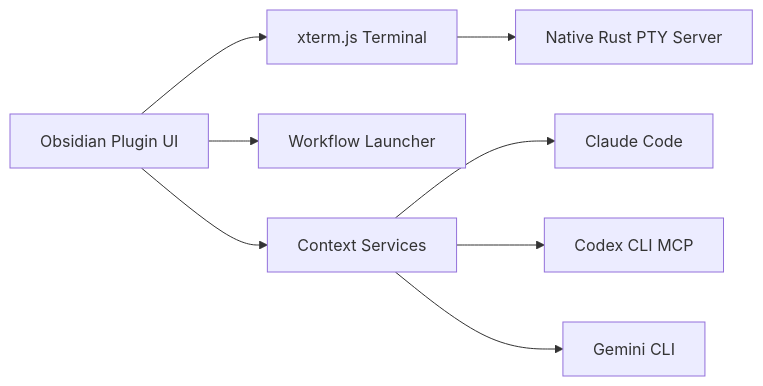
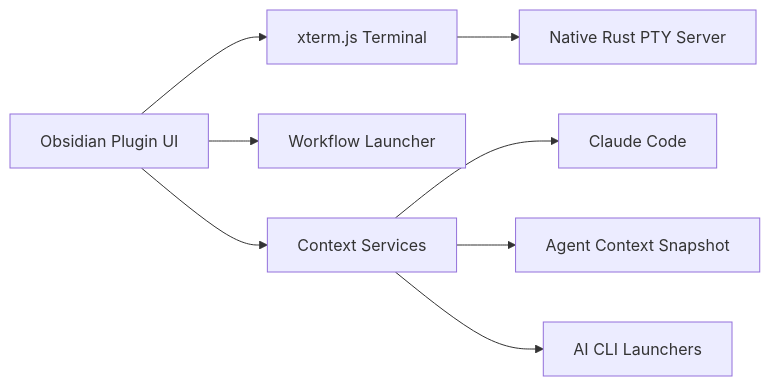
One commit to ZyphrZero/Termy changed the diagram in README.md. Above: the diagram before and after it, drawn with Mermaid. The commit also changed other lines of this file and 20 other files, not shown here.

First line of the commit message:
refactor(context): avoid global CLI config for agent context

````diff
--- a/README.md
+++ b/README.md
@@ -198,10 +200,10 @@
 ```mermaid
 graph LR
   A[Obsidian Plugin UI] --> B[xterm.js Terminal]
   B --> C[Native Rust PTY Server]
   A --> D[Workflow Launcher]
   A --> E[Context Services]
   E --> F[Claude Code]
-  E --> G[Codex CLI MCP]
-  E --> H[Gemini CLI]
+  E --> G[Agent Context Snapshot]
+  E --> H[AI CLI Launchers]
 ```
````
